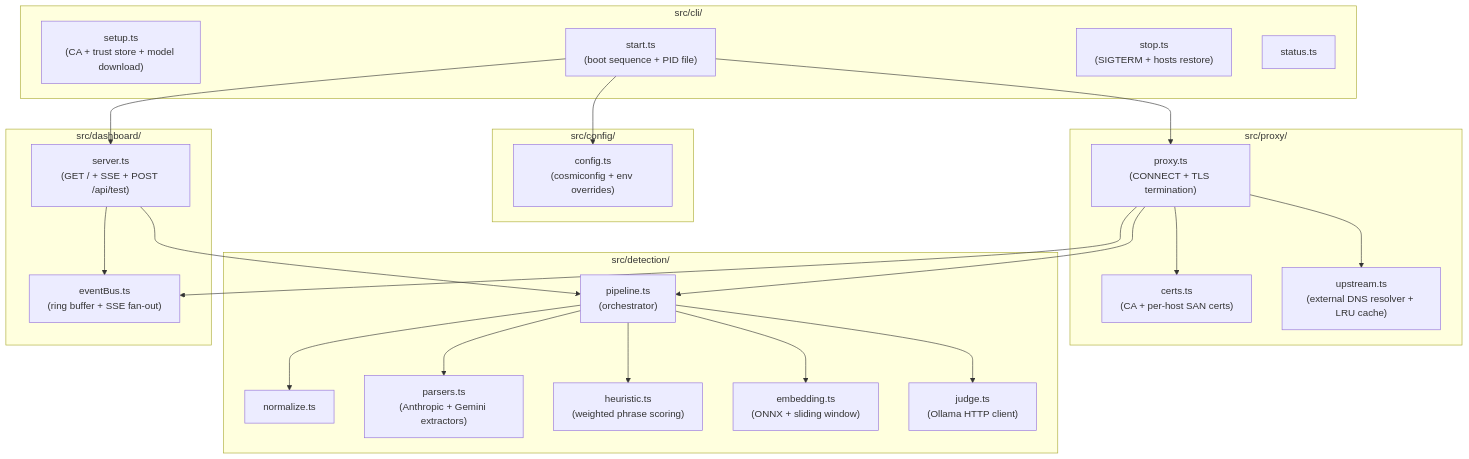
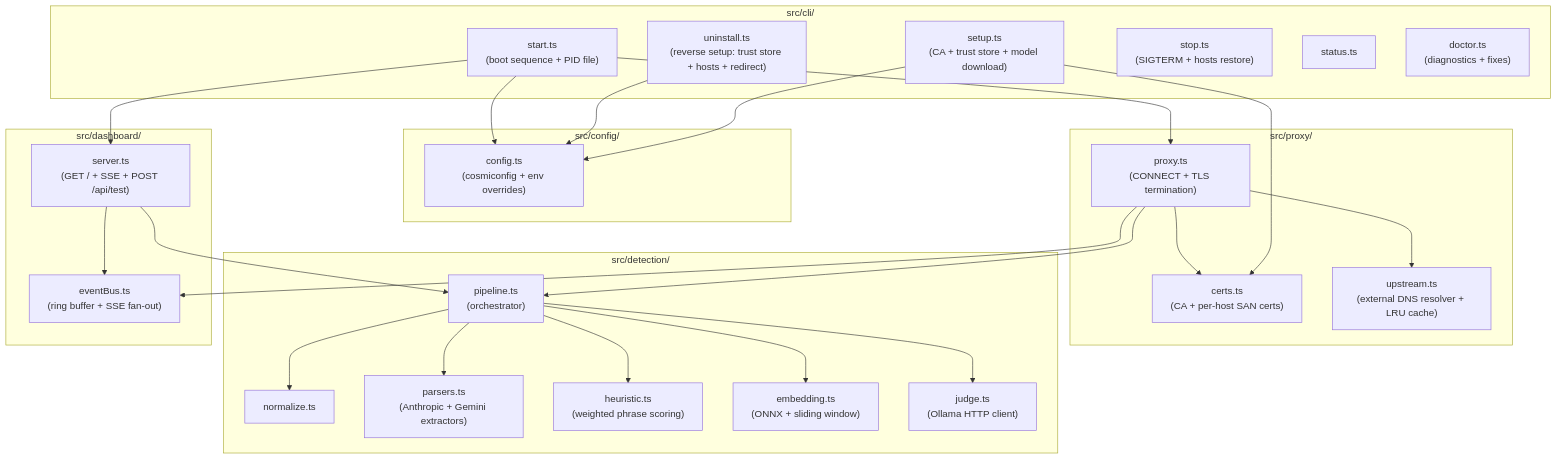
Before and after one commit to PIsberg/llm-fw: the second of 11 diagrams in docs/ARCHITECTURE.md, drawn with Mermaid. The commit also changed other lines of this file and 10 other files, not shown here.

````diff
--- a/docs/ARCHITECTURE.md
+++ b/docs/ARCHITECTURE.md
@@ -31,48 +31,53 @@
 ```mermaid
 flowchart TD
     subgraph CLI ["src/cli/"]
         setup["setup.ts\n(CA + trust store + model download)"]
+        uninstall["uninstall.ts\n(reverse setup: trust store + hosts + redirect)"]
         start["start.ts\n(boot sequence + PID file)"]
         stop["stop.ts\n(SIGTERM + hosts restore)"]
         status["status.ts"]
+        doctor["doctor.ts\n(diagnostics + fixes)"]
     end
 
     subgraph Config ["src/config/"]
         cfg["config.ts\n(cosmiconfig + env overrides)"]
     end
 
     subgraph Proxy ["src/proxy/"]
         proxyServer["proxy.ts\n(CONNECT + TLS termination)"]
         certs["certs.ts\n(CA + per-host SAN certs)"]
         upstream["upstream.ts\n(external DNS resolver + LRU cache)"]
     end
 
     subgraph Detection ["src/detection/"]
         normalizer["normalize.ts"]
         parsers["parsers.ts\n(Anthropic + Gemini extractors)"]
         heuristic["heuristic.ts\n(weighted phrase scoring)"]
         embedding["embedding.ts\n(ONNX + sliding window)"]
         judge["judge.ts\n(Ollama HTTP client)"]
         pipeline["pipeline.ts\n(orchestrator)"]
     end
 
     subgraph Dashboard ["src/dashboard/"]
         httpServer["server.ts\n(GET / + SSE + POST /api/test)"]
         eventBus["eventBus.ts\n(ring buffer + SSE fan-out)"]
     end
 
+    setup --> certs
+    setup --> cfg
+    uninstall --> cfg
     start --> cfg
     start --> proxyServer
     start --> httpServer
     proxyServer --> certs
     proxyServer --> upstream
     proxyServer --> pipeline
     pipeline --> parsers
     pipeline --> normalizer
     pipeline --> heuristic
     pipeline --> embedding
     pipeline --> judge
     proxyServer --> eventBus
     httpServer --> eventBus
     httpServer --> pipeline
 ```
````
